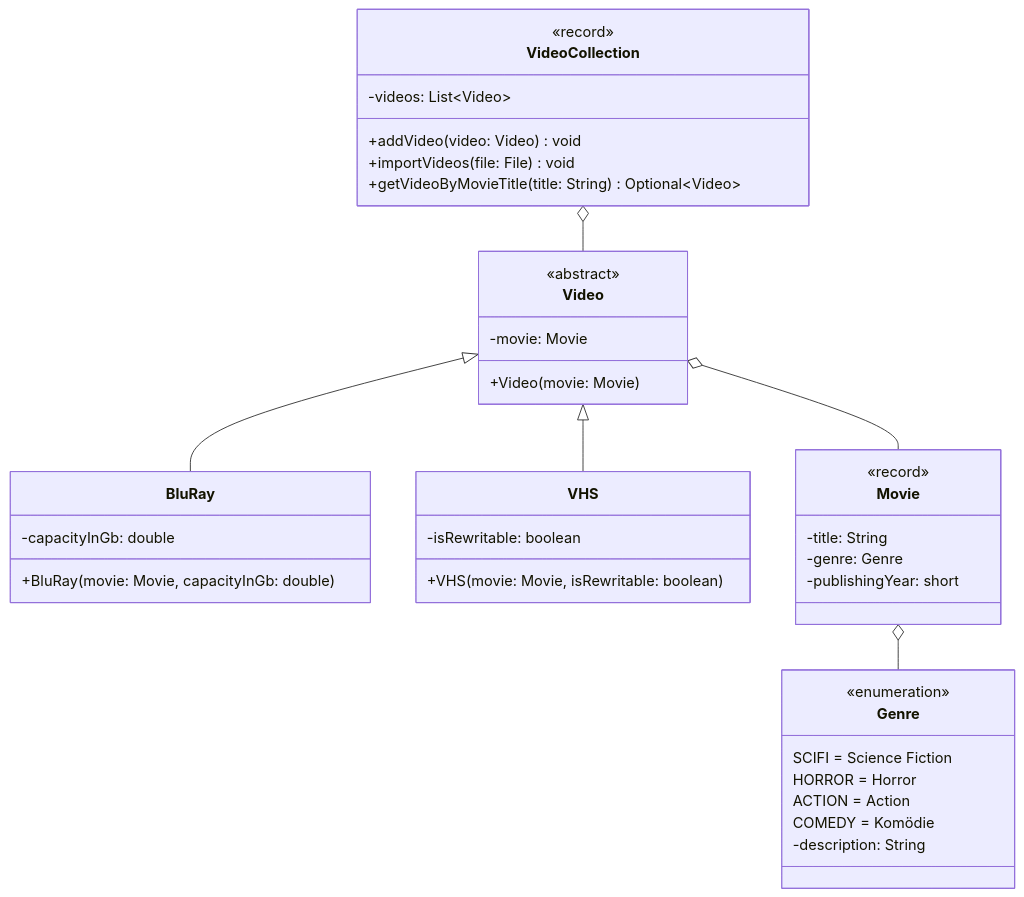
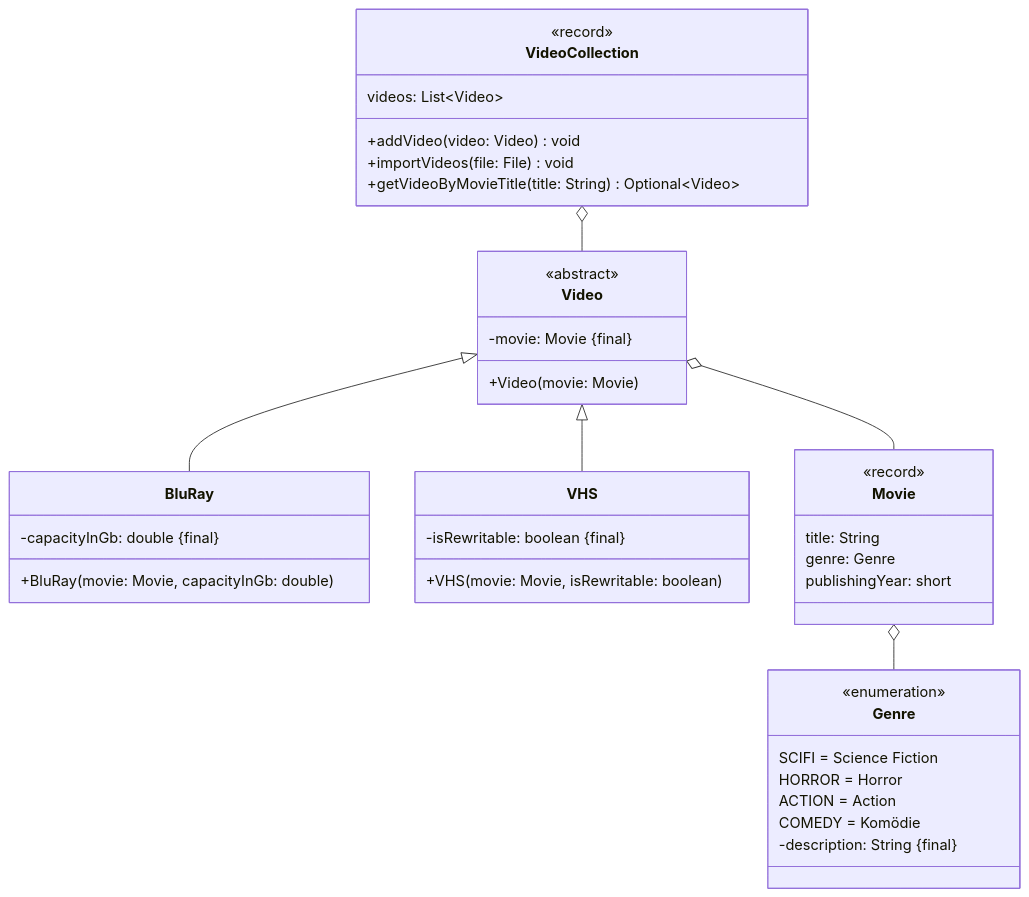
The diagram in docs/exam-exercises/exam-exercises-java2/video-collection.md (jappuccini/java-docs), drawn with Mermaid before and after one commit. The commit also changed 24 other files, not shown here.

````diff
--- a/docs/exam-exercises/exam-exercises-java2/video-collection.md
+++ b/docs/exam-exercises/exam-exercises-java2/video-collection.md
@@ -12,48 +12,48 @@
 ```mermaid
 classDiagram
     VideoCollection o-- Video
     Video <|-- BluRay
     Video <|-- VHS
     Video o-- Movie
     Movie o-- Genre
 
     class VideoCollection {
         <<record>>
-        -videos: List~Video~
+        videos: List~Video~
         +addVideo(video: Video) void
         +importVideos(file: File) void
         +getVideoByMovieTitle(title: String) Optional~Video~
     }
 
     class Video {
         <<abstract>>
-        -movie: Movie
+        -movie: Movie &#123final&#125
         +Video(movie: Movie)
     }
 
     class VHS {
-        -isRewritable: boolean
+        -isRewritable: boolean &#123final&#125
         +VHS(movie: Movie, isRewritable: boolean)
     }
 
     class BluRay {
-        -capacityInGb: double
+        -capacityInGb: double &#123final&#125
         +BluRay(movie: Movie, capacityInGb: double)
     }
 
     class Movie {
         <<record>>
-        -title: String
-        -genre: Genre
-        -publishingYear: short
+        title: String
+        genre: Genre
+        publishingYear: short
     }
 
     class Genre {
         <<enumeration>>
         SCIFI = Science Fiction
         HORROR = Horror
         ACTION = Action
         COMEDY = Komödie
-        -description: String
+        -description: String &#123final&#125
     }
 ```
````
